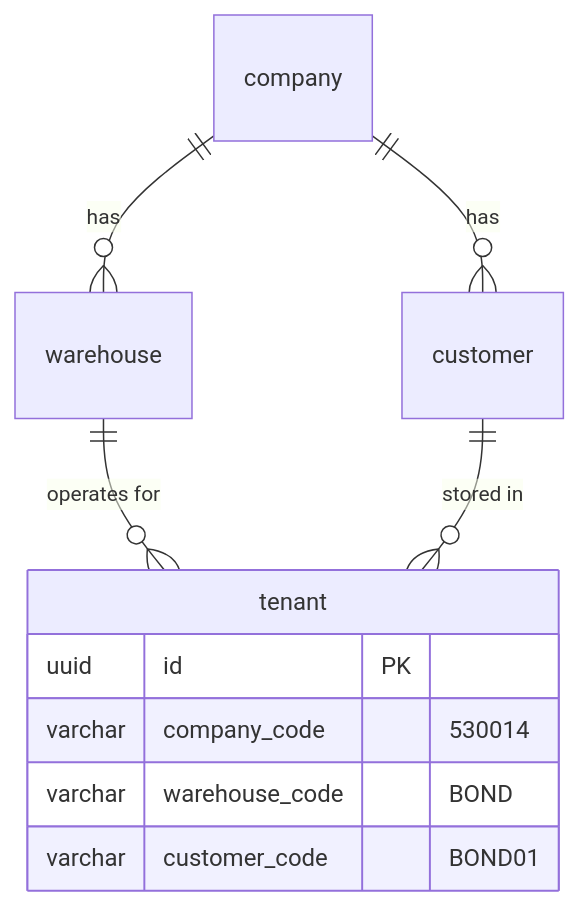
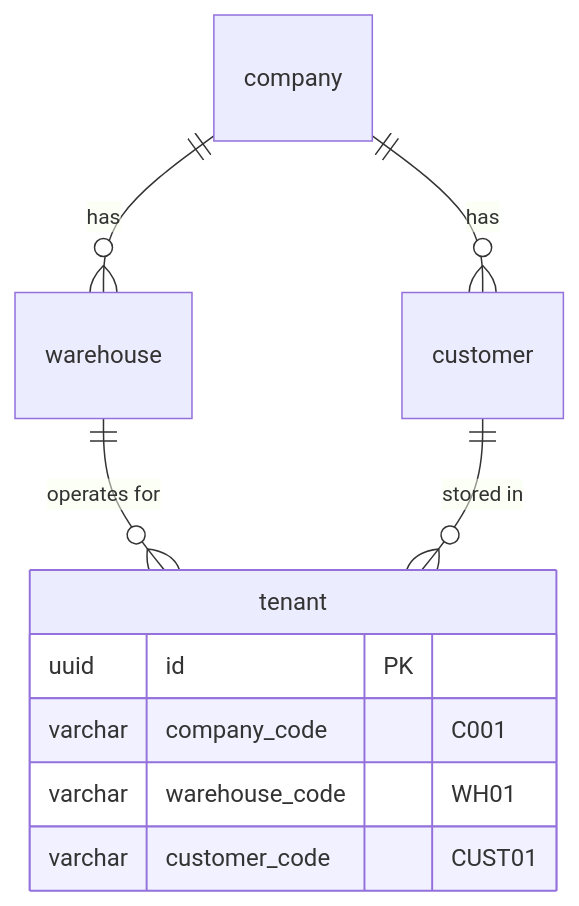
Before and after one commit to bac-ta/microservice-architecture: the first of 3 diagrams in database/README.md, drawn with Mermaid. The commit also changed other lines of this file and 72 other files, not shown here.

````diff
--- a/database/README.md
+++ b/database/README.md
@@ -83,13 +62,13 @@
 ```mermaid
 erDiagram
     company   ||--o{ warehouse : has
     company   ||--o{ customer  : has
     warehouse ||--o{ tenant    : "operates for"
     customer  ||--o{ tenant    : "stored in"
     tenant {
         uuid id PK
-        varchar company_code "530014"
-        varchar warehouse_code "BOND"
-        varchar customer_code "BOND01"
+        varchar company_code "C001"
+        varchar warehouse_code "WH01"
+        varchar customer_code "CUST01"
     }
 ```
````
